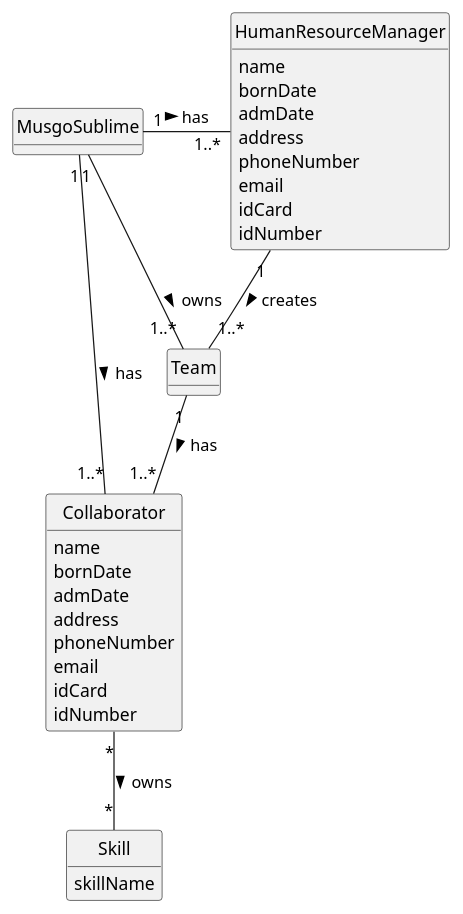
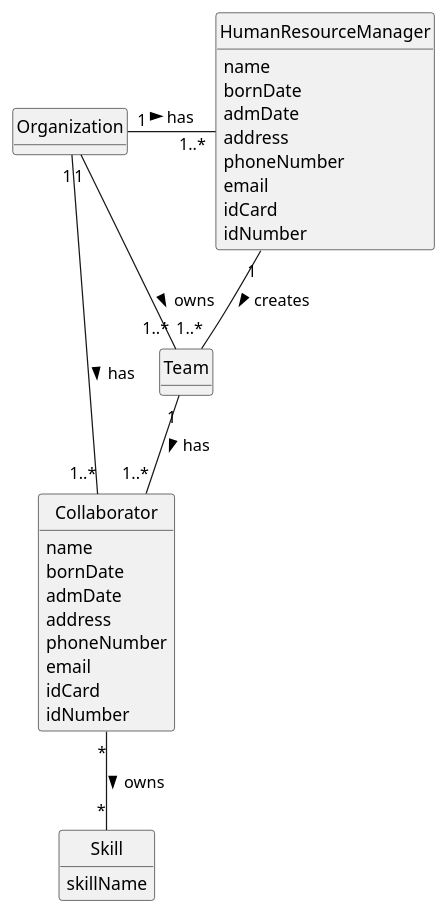
Before and after one commit to 1231360-ISEP/lei-24-s2-1db-g021: the diagram in docs/sprintA/us005/02.analysis/puml/us005-domain-model.puml, drawn with PlantUML. The commit also changed 7 other files, not shown here.

```diff
--- a/docs/sprintA/us005/02.analysis/puml/us005-domain-model.puml
+++ b/docs/sprintA/us005/02.analysis/puml/us005-domain-model.puml
@@ -1,49 +1,49 @@
 @startuml
 skinparam monochrome true
 skinparam packageStyle rectangle
 skinparam shadowing false
 
 skinparam classAttributeIconSize 0
 
 hide circle
 hide methods
 
-class MusgoSublime {
+class Organization {
 }
 
 class HumanResourceManager {
     name
     bornDate
     admDate
     address
     phoneNumber
     email
     idCard
     idNumber
 }
 
 class Skill {
     skillName
 }
 
 class Collaborator {
     name
     bornDate
     admDate
     address
     phoneNumber
     email
     idCard
     idNumber
 }
 
 class Team {
 }
 
-MusgoSublime "1" - "1..*" Collaborator: has >
-MusgoSublime "1" - "1..*" HumanResourceManager : has >
+Organization "1" - "1..*" Collaborator: has >
+Organization "1" - "1..*" HumanResourceManager : has >
 Collaborator "*" -- "*" Skill : owns >
-MusgoSublime "1" - "1..*" Team: owns >
+Organization "1" - "1..*" Team: owns >
 Team "1" -- "1..*" Collaborator : has >
 HumanResourceManager "1" -- "1..*" Team : creates >
 @enduml
```
